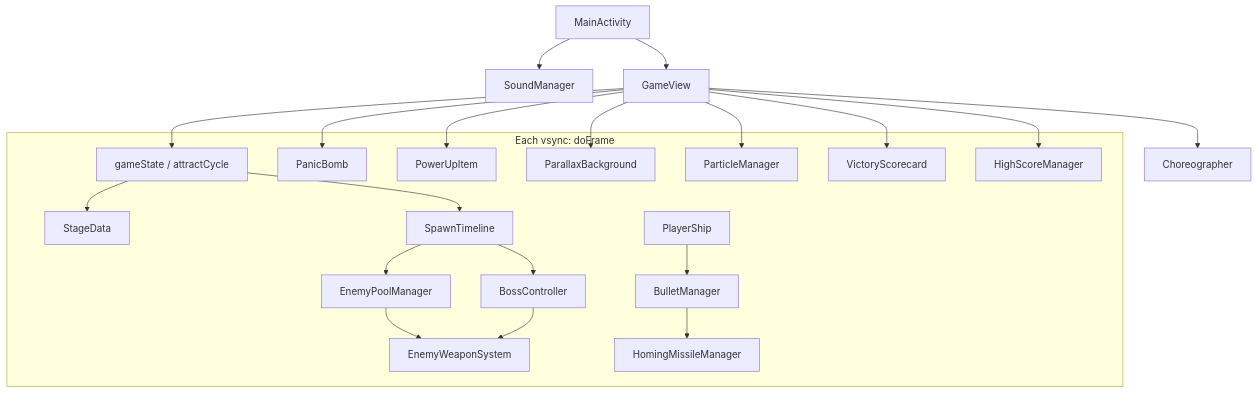
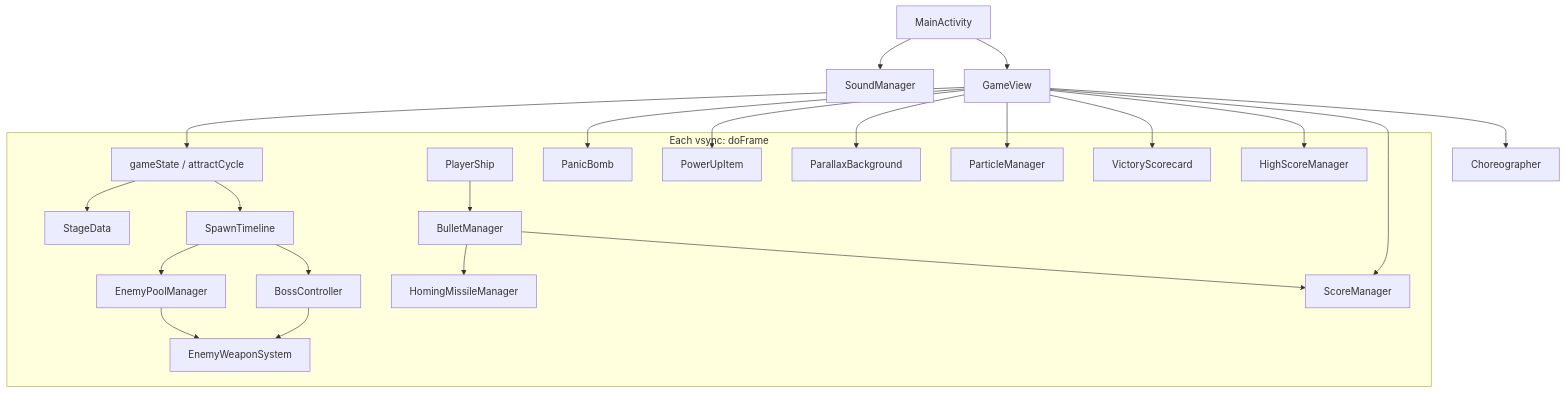
Before and after one commit to ccolteu/strikers: the diagram in README.md, drawn with Mermaid. The commit also changed other lines of this file and 8 other files, not shown here.

````diff
--- a/README.md
+++ b/README.md
@@ -245,45 +263,48 @@
 ```mermaid
 flowchart TB
   MA[MainActivity]
   SM[SoundManager]
   GV[GameView]
   CH[Choreographer]
 
   MA --> SM
   MA --> GV
   GV --> CH
 
   subgraph frame["Each vsync: doFrame"]
     ST[gameState / attractCycle]
     SD[StageData]
     TL[SpawnTimeline]
     EN[EnemyPoolManager]
     EW[EnemyWeaponSystem]
     BS[BossController]
     PL[PlayerShip]
     BL[BulletManager]
     HM[HomingMissileManager]
     PB[PanicBomb]
     PU[PowerUpItem]
     PA[ParallaxBackground]
     PT[ParticleManager]
     SC[VictoryScorecard]
+    SCR[ScoreManager]
     HS[HighScoreManager]
   end
 
   GV --> ST
   ST --> SD
   ST --> TL
   TL --> EN
   TL --> BS
   EN --> EW
   BS --> EW
   PL --> BL
   BL --> HM
+  BL --> SCR
   GV --> PB
   GV --> PU
   GV --> PA
   GV --> PT
   GV --> SC
+  GV --> SCR
   GV --> HS
 ```
````
